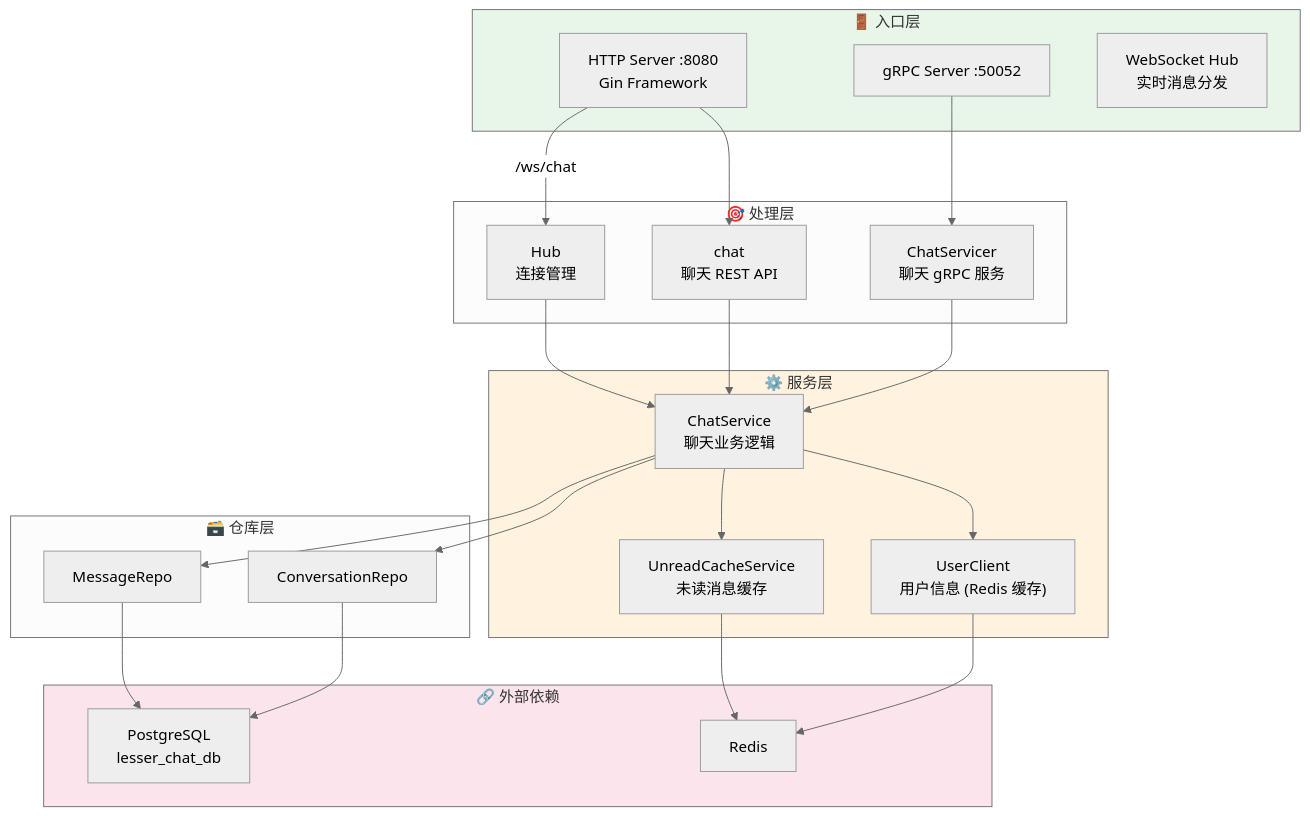
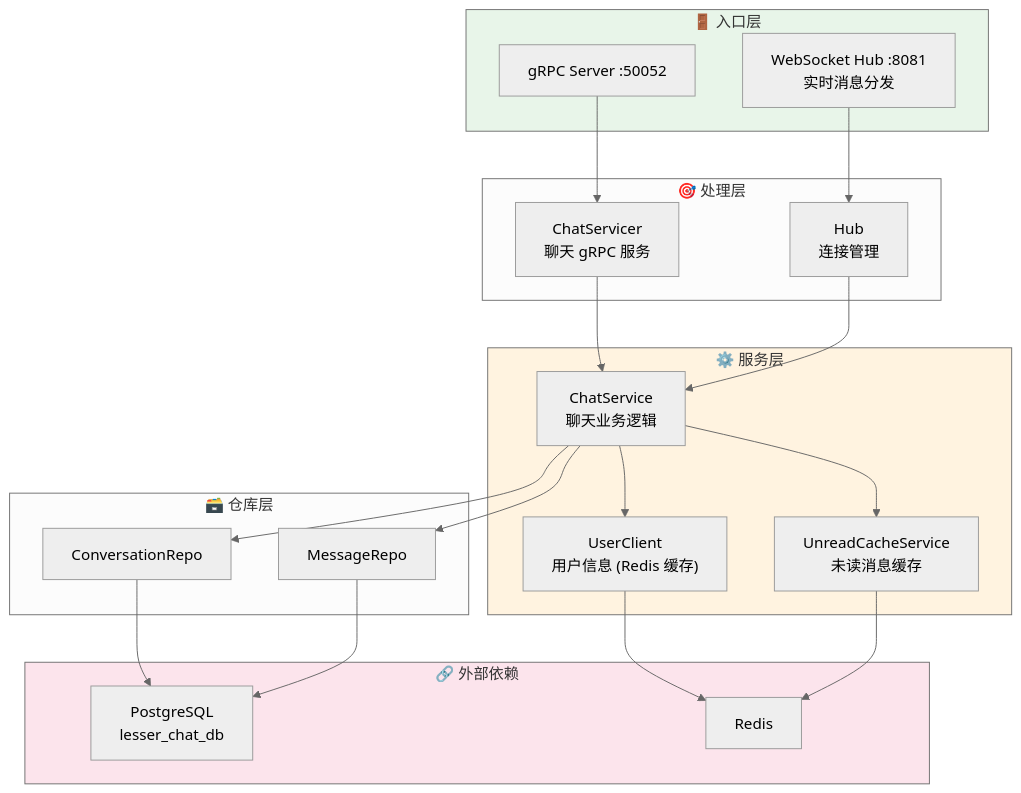
One commit to funcdfs/lesser changed the fourth of 4 diagrams in docs/架构梳理.md. Above: the diagram before and after it, drawn with Mermaid (neutral theme). The commit also changed other lines of this file and 37 other files, not shown here.

````diff
--- a/docs/架构梳理.md
+++ b/docs/架构梳理.md
@@ -414,52 +415,48 @@
 ```mermaid
 flowchart TB
     subgraph Entry["🚪 入口层"]
-        HTTP["HTTP Server :8080<br/>Gin Framework"]
         GRPC["gRPC Server :50052"]
-        WS["WebSocket Hub<br/>实时消息分发"]
+        WS["WebSocket Hub :8081<br/>实时消息分发"]
     end
 
     subgraph Handlers["🎯 处理层"]
-        ChatHandler["chat<br/>聊天 REST API"]
         ChatGRPCHandler["ChatServicer<br/>聊天 gRPC 服务"]
         Hub["Hub<br/>连接管理"]
     end
 
     subgraph Services["⚙️ 服务层"]
         ChatService["ChatService<br/>聊天业务逻辑"]
         UserClient["UserClient<br/>用户信息 (Redis 缓存)"]
         UnreadCache["UnreadCacheService<br/>未读消息缓存"]
     end
 
     subgraph Repository["🗃️ 仓库层"]
         ConvRepo["ConversationRepo"]
         MsgRepo["MessageRepo"]
     end
 
     subgraph External["🔗 外部依赖"]
         PG["PostgreSQL<br/>lesser_chat_db"]
         Redis["Redis"]
     end
 
-    HTTP --> ChatHandler
     GRPC --> ChatGRPCHandler
-    HTTP -->|/ws/chat| Hub
+    WS --> Hub
 
-    ChatHandler --> ChatService
     ChatGRPCHandler --> ChatService
     Hub --> ChatService
 
     ChatService --> UserClient
     ChatService --> UnreadCache
     ChatService --> ConvRepo
     ChatService --> MsgRepo
 
     ConvRepo --> PG
     MsgRepo --> PG
     UserClient --> Redis
     UnreadCache --> Redis
 
     style Entry fill:#e8f5e9
     style Services fill:#fff3e0
     style External fill:#fce4ec
 ```
````
